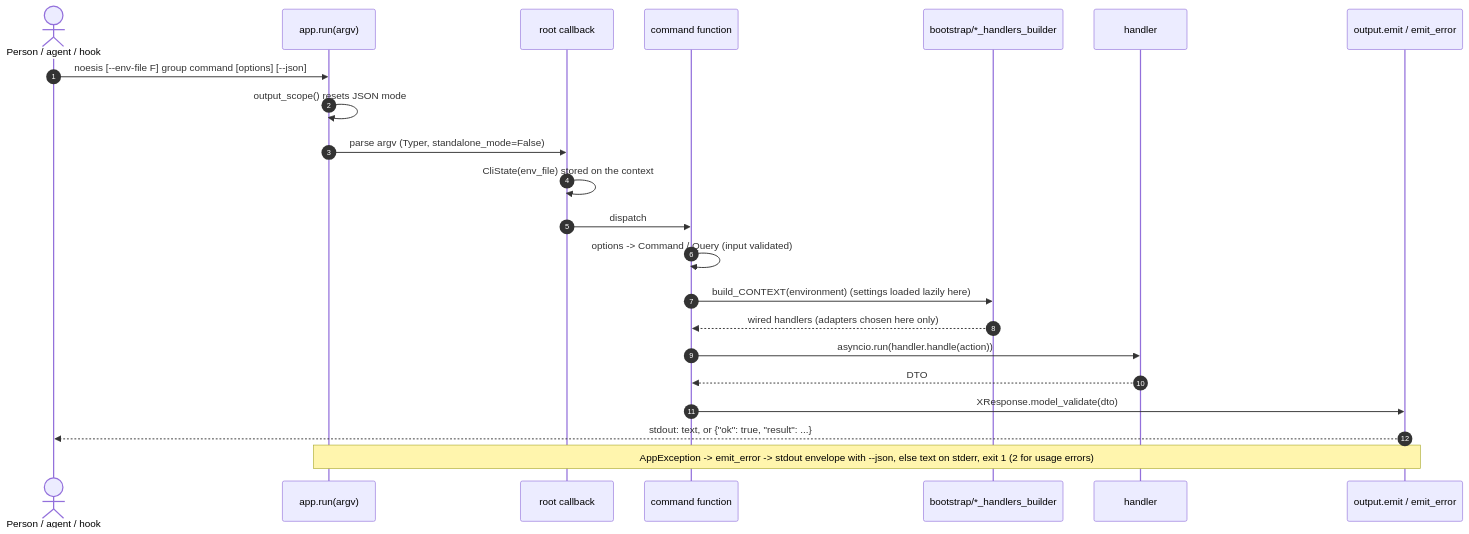
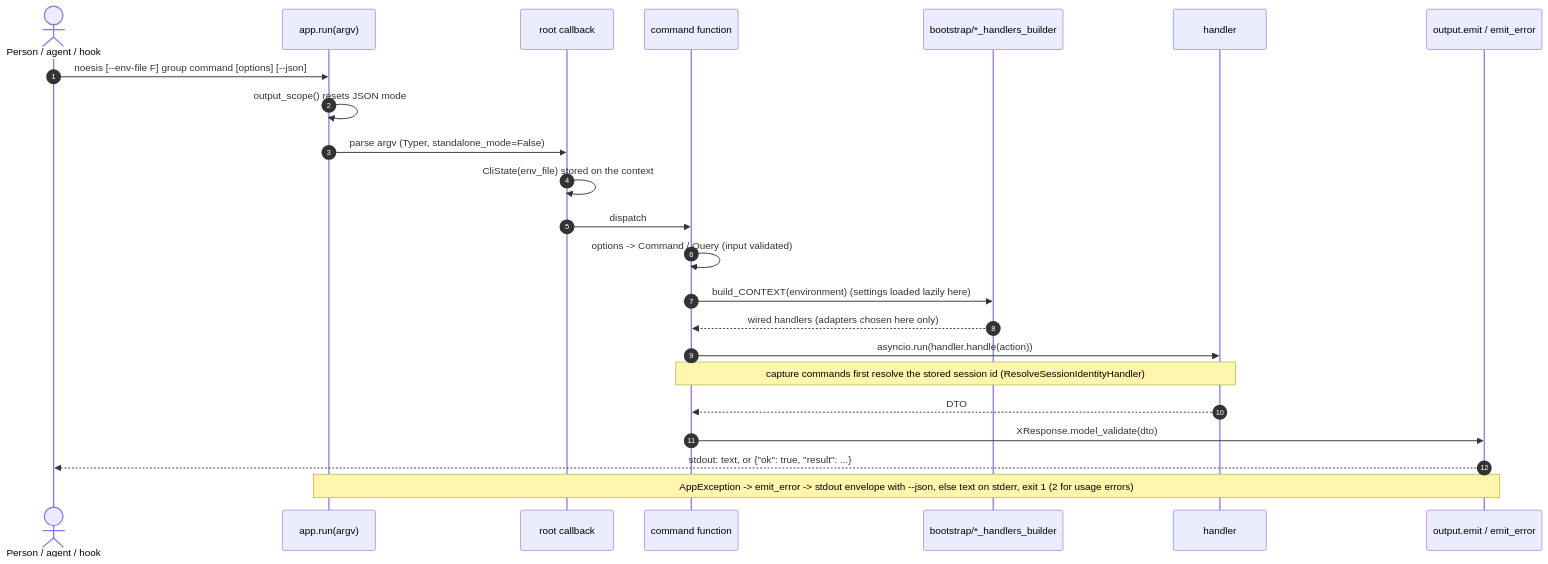
Before and after one commit to p-hzamora/noesis: the diagram in docs/workflows/common-path.md, drawn with Mermaid. The commit also changed 7 other files, not shown here.

Commit message:
docs(capture): document repo and session identity, --parent and worktree capture

````diff
--- a/docs/workflows/common-path.md
+++ b/docs/workflows/common-path.md
@@ -3,25 +3,26 @@
 ```mermaid
 sequenceDiagram
     autonumber
     actor Caller as Person / agent / hook
     participant Run as app.run(argv)
     participant Root as root callback
     participant Cmd as command function
     participant Boot as bootstrap/*_handlers_builder
     participant H as handler
     participant Out as output.emit / emit_error
 
     Caller->>Run: noesis [--env-file F] group command [options] [--json]
     Run->>Run: output_scope() resets JSON mode
     Run->>Root: parse argv (Typer, standalone_mode=False)
     Root->>Root: CliState(env_file) stored on the context
     Root->>Cmd: dispatch
     Cmd->>Cmd: options -> Command / Query (input validated)
     Cmd->>Boot: build_CONTEXT(environment) (settings loaded lazily here)
     Boot-->>Cmd: wired handlers (adapters chosen here only)
     Cmd->>H: asyncio.run(handler.handle(action))
+    Note over Cmd,H: capture commands first resolve the stored session id (ResolveSessionIdentityHandler)
     H-->>Cmd: DTO
     Cmd->>Out: XResponse.model_validate(dto)
     Out-->>Caller: stdout: text, or {"ok": true, "result": ...}
     Note over Run,Out: AppException -> emit_error -> stdout envelope with --json, else text on stderr, exit 1 (2 for usage errors)
 ```
````
